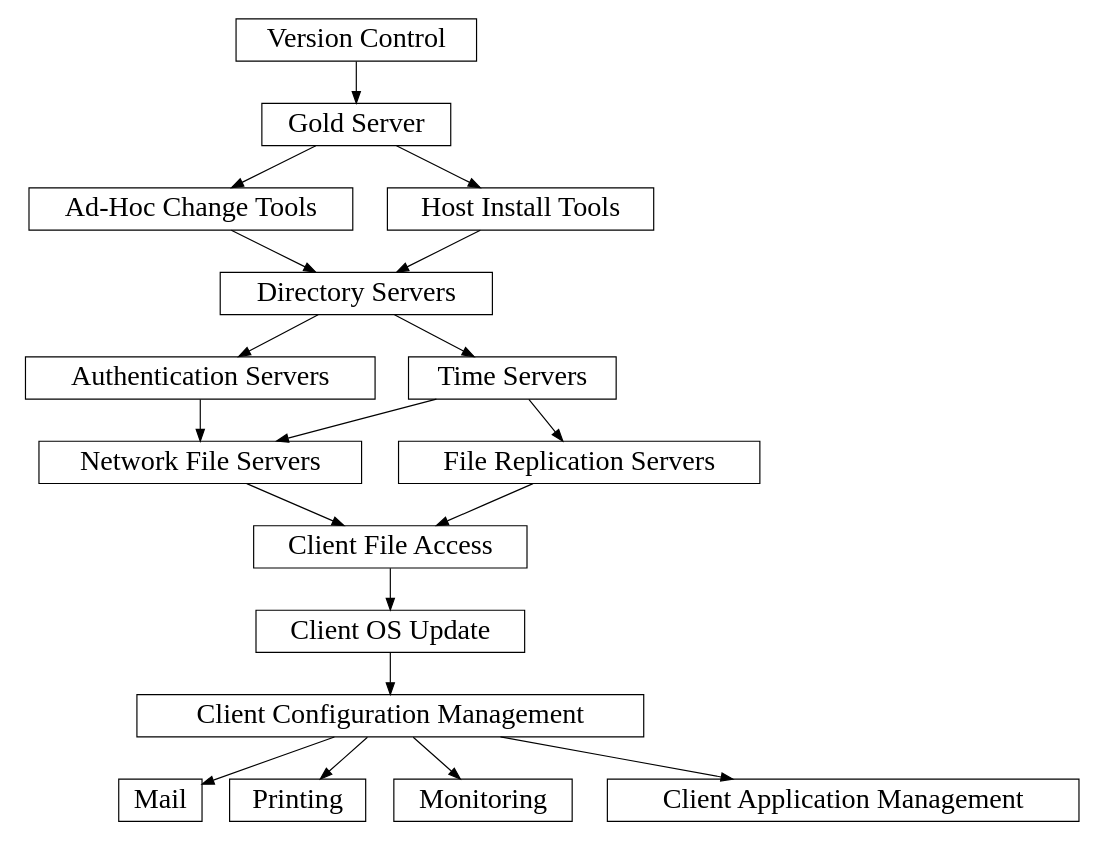
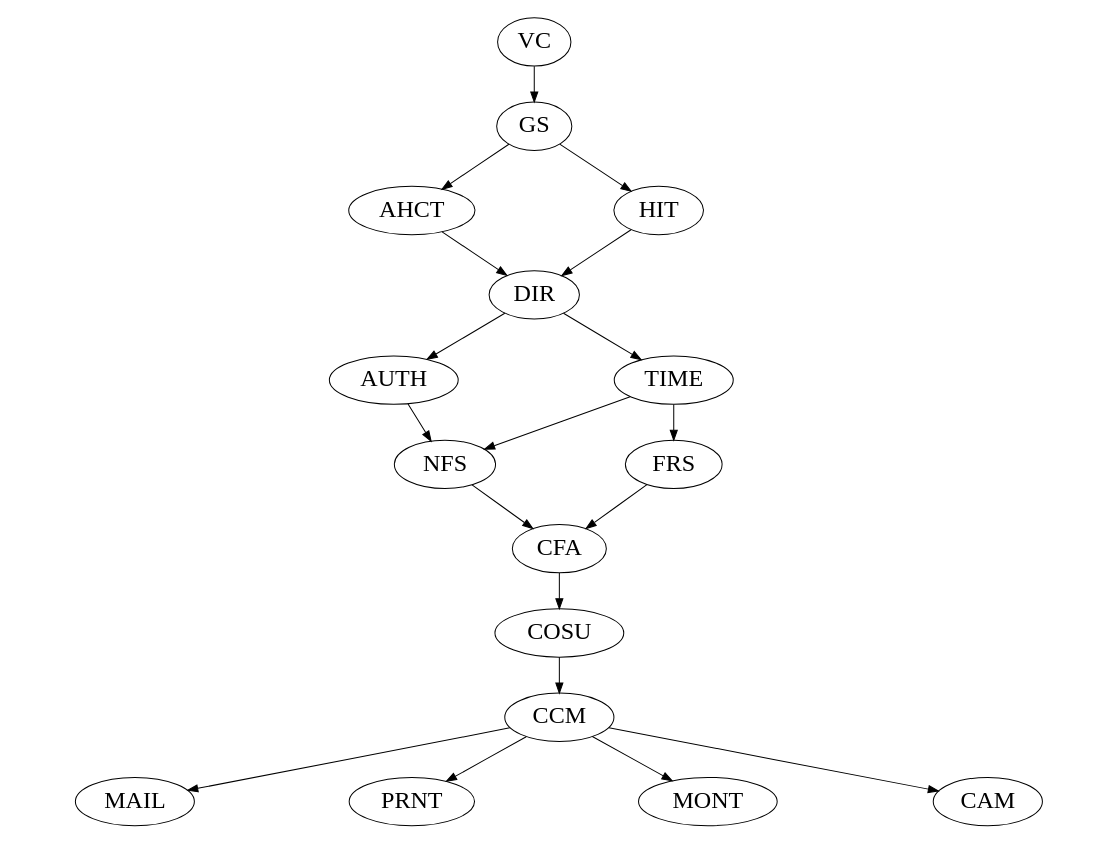
One commit to omussell/homelab changed the diagram in pic/secenv.gv. Above: the diagram before and after it, drawn with Graphviz. The commit also changed 1 other file, not shown here.

```diff
--- a/pic/secenv.gv
+++ b/pic/secenv.gv
@@ -1,66 +1,66 @@
 digraph SecureInfrastructure {
 	size="8,6"; ratio=fill; node[fontsize=24];
-	
+/*	
 	VC [shape=box,label="Version Control"];
 	GS [shape=box,label="Gold Server"];
 	AHCT [shape=box,label="Ad-Hoc Change Tools"];
 	HIT [shape=box,label="Host Install Tools"];
 	DIR [shape=box,label="Directory Servers"];
 	AUTH [shape=box,label="Authentication Servers"];
 	TIME [shape=box,label="Time Servers"];
 	NFS [shape=box,label="Network File Servers"];
 	FRS [shape=box,label="File Replication Servers"];
 	CFA [shape=box,label="Client File Access"];
 	COSU [shape=box,label="Client OS Update"];
 	CCM [shape=box,label="Client Configuration Management"];
 	MAIL [shape=box,label="Mail"];
 	PRNT [shape=box,label="Printing"];
 	MONT [shape=box,label="Monitoring"];
 	CAM [ shape=box,label="Client Application Management"]; 
-
+*/
 	VC -> GS;
 	GS -> AHCT;
 	GS -> HIT;
 	AHCT -> DIR;
 	HIT -> DIR;
 	DIR -> AUTH;
 	DIR -> TIME;
 	AUTH -> NFS;
 	TIME -> NFS;
 	TIME -> FRS;
 	NFS -> CFA;
 	FRS -> CFA;
 	CFA -> COSU;
 	COSU -> CCM;
 	CCM -> MAIL;
 	CCM -> PRNT;
 	CCM -> MONT;
 	CCM -> CAM;
 
 	subgraph "controlmachine" { label="Control Machine"; 
 				VC;
 				}
 	
 	subgraph "masterslave" { label="Master Slave Servers"; 
 				AHCT;
 				HIT;
 				DIR;
 				AUTH;
 				TIME;
 				}
 	
 	subgraph "filerepl" { label="File Replication Servers";
 				NFS;
 				FRS;
 				}
 
 	subgraph "clients" { label="Clients";
 				CFA;
 				COSU;
 				CCM;
 				MAIL;
 				PRNT;
 				MONT;
 				CAM;
 				}
 }
```
